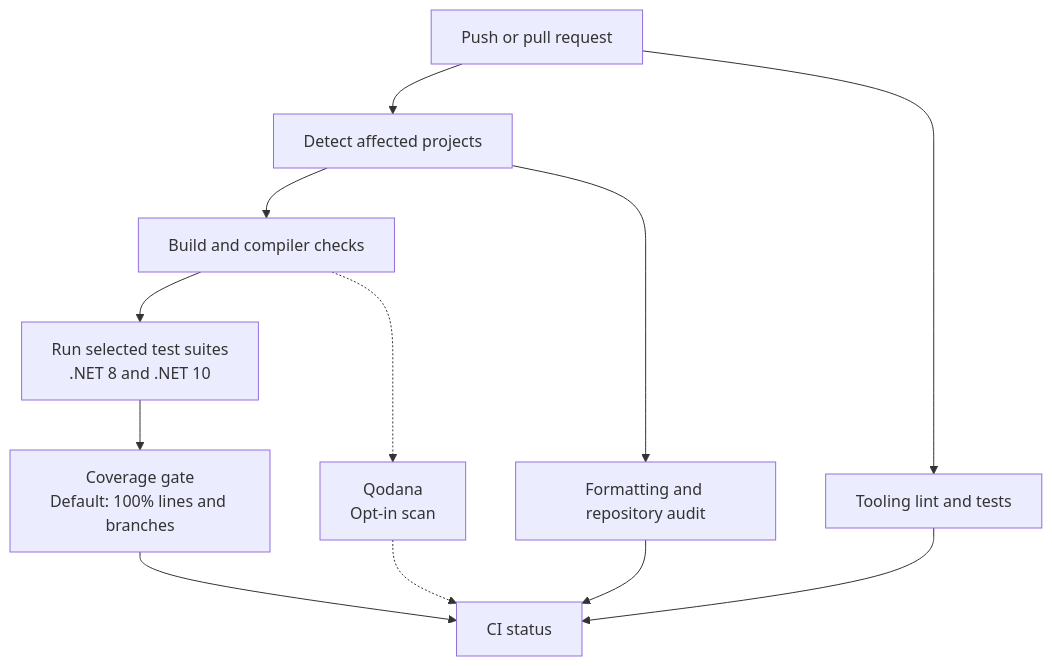
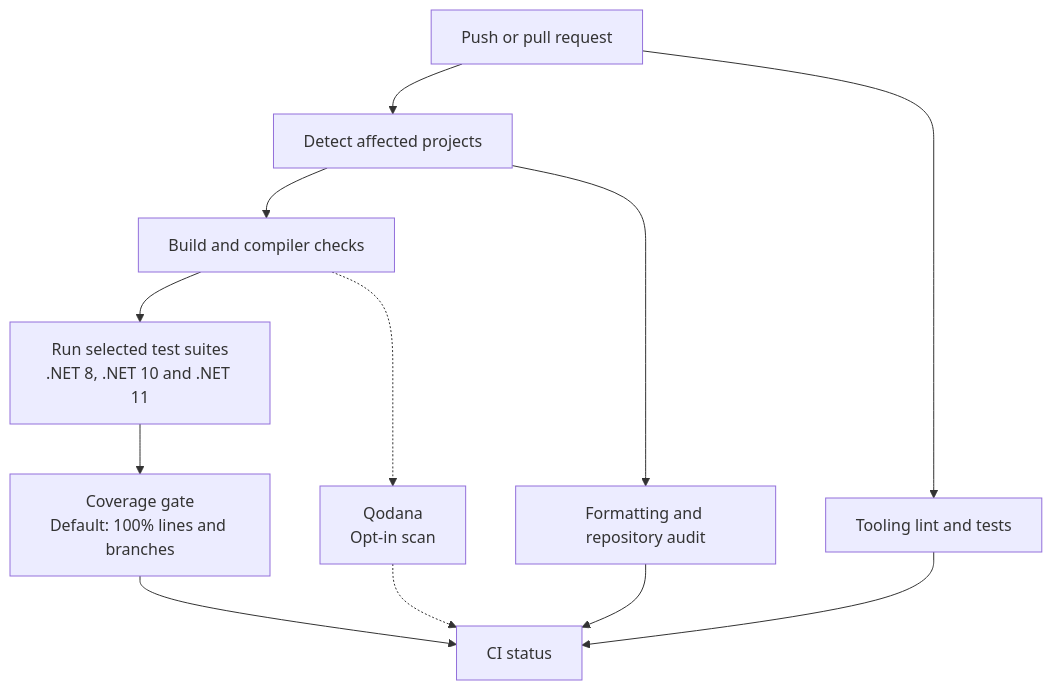
The third of 3 diagrams in README.md (stevomccormack/PineGuard), drawn with Mermaid before and after one commit. The commit also changed other lines of this file and 51 other files, not shown here.

````diff
--- a/README.md
+++ b/README.md
@@ -703,12 +704,12 @@
 ```mermaid
 flowchart TB
     Change["Push or pull request"] --> Scope["Detect affected projects"]
     Scope --> Build["Build and compiler checks"]
-    Build --> Test["Run selected test suites<br/>.NET 8 and .NET 10"]
+    Build --> Test["Run selected test suites<br/>.NET 8, .NET 10 and .NET 11"]
     Test --> Cov["Coverage gate<br/>Default: 100% lines and branches"]
     Scope --> Checks["Formatting and repository audit"]
     Change --> Tools["Tooling lint and tests"]
     Build -.-> Qodana["Qodana<br/>Opt-in scan"]
     Cov & Checks & Tools --> Status["CI status"]
     Qodana -.-> Status
 ```
````
